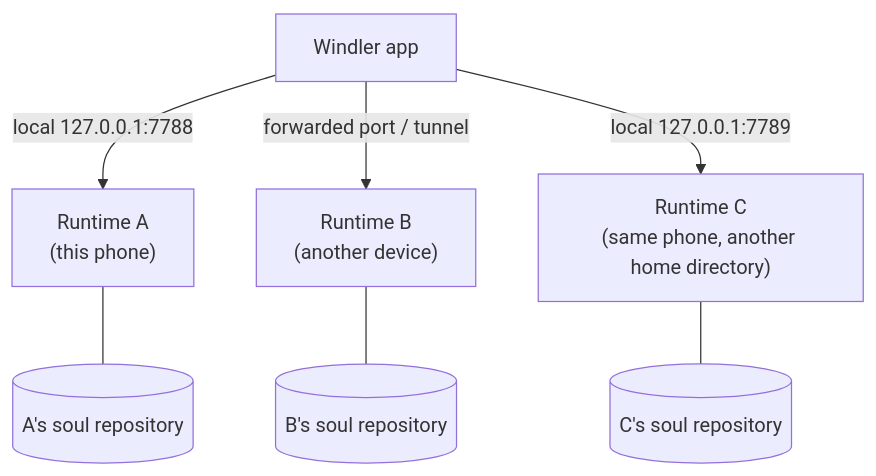
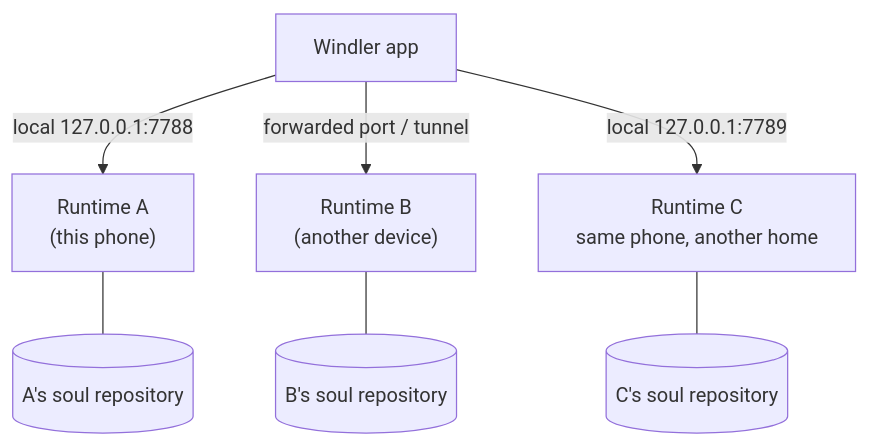
The diagram in website/content/docs/en/guide/multi-agent.md (Causally-XYZ/Project.Quetzal), drawn with Mermaid before and after one commit. The commit also changed 23 other files, not shown here.

Commit message:
文档站图表可读性：mermaid 原尺寸渲染、窄屏横向流程图自动转纵向、宽图缩放或滚动、图表与图片全屏放大查看、时序图自动换行；多张横向流程图改为纵向并精简标签，架构总图改用手绘 SVG

````diff
--- a/website/content/docs/en/guide/multi-agent.md
+++ b/website/content/docs/en/guide/multi-agent.md
@@ -10,10 +10,10 @@
 ```mermaid
 flowchart TB
   APP["Windler app"]
   APP -- "local 127.0.0.1:7788" --> A["Runtime A<br/>(this phone)"]
   APP -- "forwarded port / tunnel" --> B["Runtime B<br/>(another device)"]
-  APP -- "local 127.0.0.1:7789" --> C["Runtime C<br/>(same phone, another home directory)"]
+  APP -- "local 127.0.0.1:7789" --> C["Runtime C<br/>same phone, another home"]
   A --- SA[("A's soul repository")]
   B --- SB[("B's soul repository")]
   C --- SC[("C's soul repository")]
 ```
````
